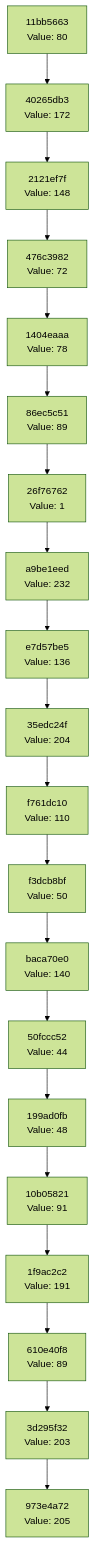
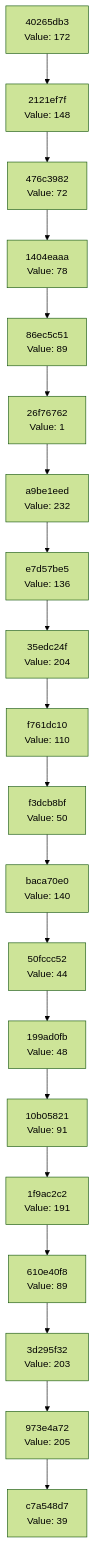
Before and after one commit to Abhisheksinha1506/hash-chain-evolver: the diagram in docs/CHAIN_VISUALIZATION.md, drawn with Mermaid (forest theme). The commit also changed 1 other file, not shown here.

Commit message:
Evolution Step

````diff
--- a/docs/CHAIN_VISUALIZATION.md
+++ b/docs/CHAIN_VISUALIZATION.md
@@ -3,42 +3,42 @@
 ```mermaid
 graph TD
-    C0["973e4a72<br/>Value: 205"]
-    C1["3d295f32<br/>Value: 203"]
+    C0["c7a548d7<br/>Value: 39"]
+    C1["973e4a72<br/>Value: 205"]
     C1 --> C0
-    C2["610e40f8<br/>Value: 89"]
+    C2["3d295f32<br/>Value: 203"]
     C2 --> C1
-    C3["1f9ac2c2<br/>Value: 191"]
+    C3["610e40f8<br/>Value: 89"]
     C3 --> C2
-    C4["10b05821<br/>Value: 91"]
+    C4["1f9ac2c2<br/>Value: 191"]
     C4 --> C3
-    C5["199ad0fb<br/>Value: 48"]
+    C5["10b05821<br/>Value: 91"]
     C5 --> C4
-    C6["50fccc52<br/>Value: 44"]
+    C6["199ad0fb<br/>Value: 48"]
     C6 --> C5
-    C7["baca70e0<br/>Value: 140"]
+    C7["50fccc52<br/>Value: 44"]
     C7 --> C6
-    C8["f3dcb8bf<br/>Value: 50"]
+    C8["baca70e0<br/>Value: 140"]
     C8 --> C7
-    C9["f761dc10<br/>Value: 110"]
+    C9["f3dcb8bf<br/>Value: 50"]
     C9 --> C8
-    C10["35edc24f<br/>Value: 204"]
+    C10["f761dc10<br/>Value: 110"]
     C10 --> C9
-    C11["e7d57be5<br/>Value: 136"]
+    C11["35edc24f<br/>Value: 204"]
     C11 --> C10
-    C12["a9be1eed<br/>Value: 232"]
+    C12["e7d57be5<br/>Value: 136"]
     C12 --> C11
-    C13["26f76762<br/>Value: 1"]
+    C13["a9be1eed<br/>Value: 232"]
     C13 --> C12
-    C14["86ec5c51<br/>Value: 89"]
+    C14["26f76762<br/>Value: 1"]
     C14 --> C13
-    C15["1404eaaa<br/>Value: 78"]
+    C15["86ec5c51<br/>Value: 89"]
     C15 --> C14
-    C16["476c3982<br/>Value: 72"]
+    C16["1404eaaa<br/>Value: 78"]
     C16 --> C15
-    C17["2121ef7f<br/>Value: 148"]
+    C17["476c3982<br/>Value: 72"]
     C17 --> C16
-    C18["40265db3<br/>Value: 172"]
+    C18["2121ef7f<br/>Value: 148"]
     C18 --> C17
-    C19["11bb5663<br/>Value: 80"]
+    C19["40265db3<br/>Value: 172"]
     C19 --> C18
 ```
````
